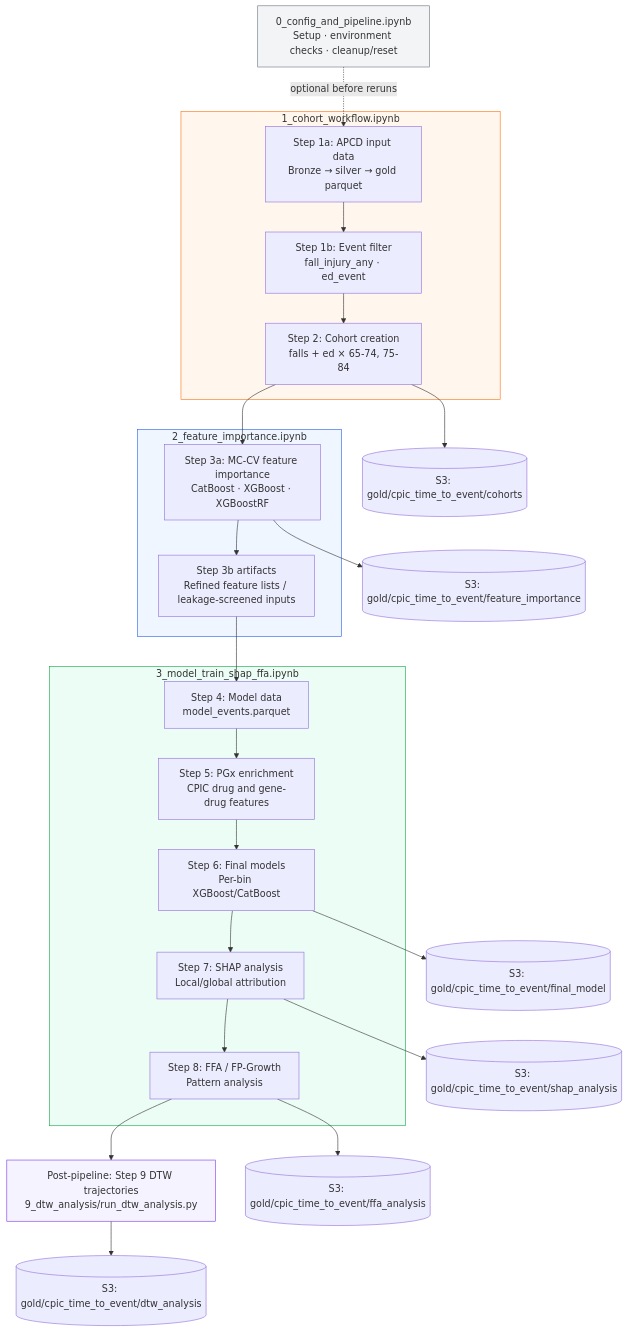
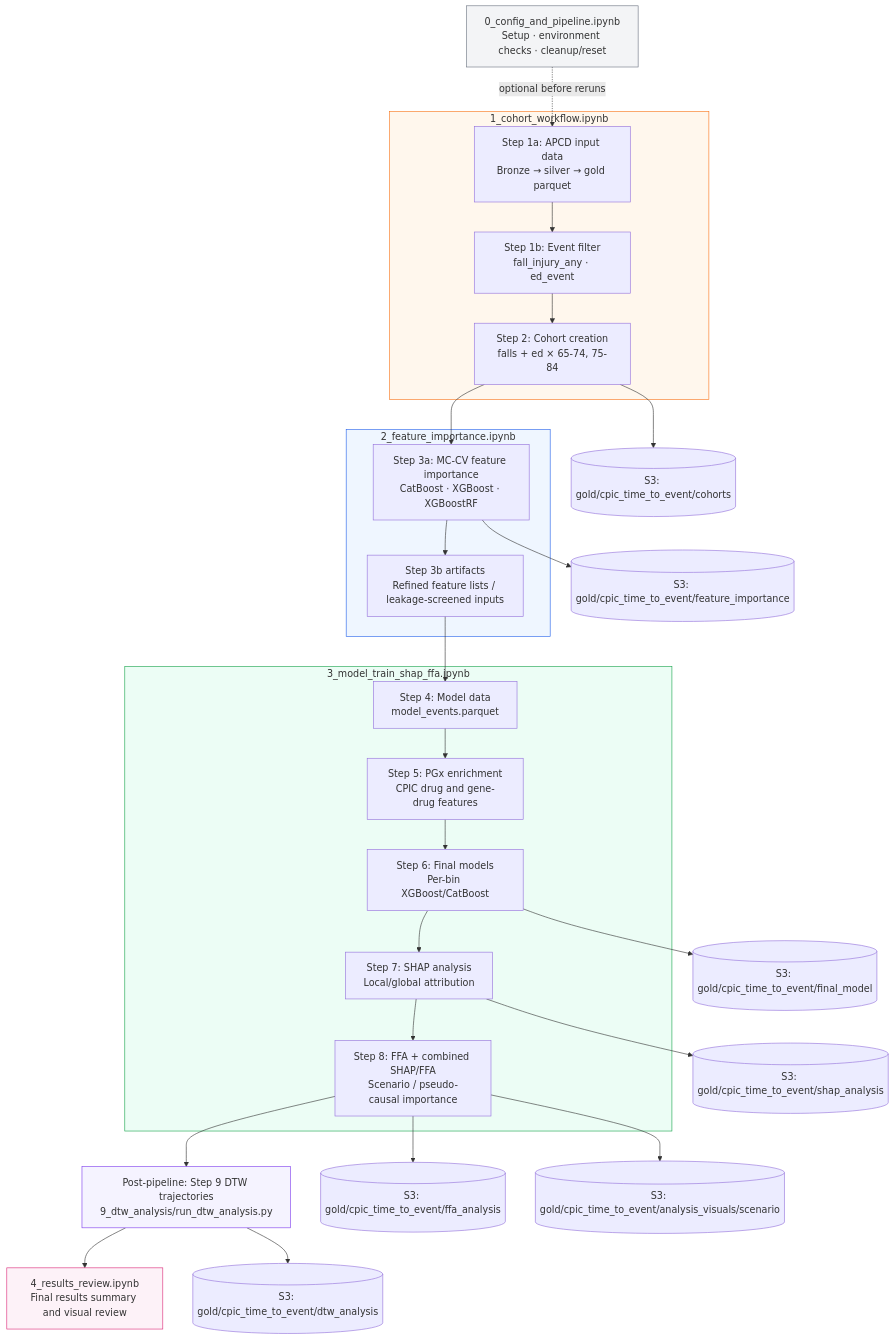
The diagram in README.md (Jerome3590/cpic_time_to_event_analysis), drawn with Mermaid before and after one commit. The commit also changed other lines of this file and 12 other files, not shown here.

Commit message:
Add results review workflow

````diff
--- a/README.md
+++ b/README.md
@@ -85,41 +86,44 @@
 ```mermaid
 flowchart TD
     SETUP["0_config_and_pipeline.ipynb<br/>Setup · environment checks · cleanup/reset"]
 
     subgraph N1["1_cohort_workflow.ipynb"]
         A["Step 1a: APCD input data<br/>Bronze → silver → gold parquet"]
         B["Step 1b: Event filter<br/>fall_injury_any · ed_event"]
         C["Step 2: Cohort creation<br/>falls + ed × 65-74, 75-84"]
     end
 
     subgraph N2["2_feature_importance.ipynb"]
         D["Step 3a: MC-CV feature importance<br/>CatBoost · XGBoost · XGBoostRF"]
         E["Step 3b artifacts<br/>Refined feature lists / leakage-screened inputs"]
     end
 
     subgraph N3["3_model_train_shap_ffa.ipynb"]
         F["Step 4: Model data<br/>model_events.parquet"]
         G["Step 5: PGx enrichment<br/>CPIC drug and gene-drug features"]
         H["Step 6: Final models<br/>Per-bin XGBoost/CatBoost"]
         I["Step 7: SHAP analysis<br/>Local/global attribution"]
-        J["Step 8: FFA / FP-Growth<br/>Pattern analysis"]
+        J["Step 8: FFA + combined SHAP/FFA<br/>Scenario / pseudo-causal importance"]
     end
 
     K["Post-pipeline: Step 9 DTW trajectories<br/>9_dtw_analysis/run_dtw_analysis.py"]
+    L["4_results_review.ipynb<br/>Final results summary and visual review"]
 
     SETUP -. "optional before reruns" .-> A
-    A --> B --> C --> D --> E --> F --> G --> H --> I --> J --> K
+    A --> B --> C --> D --> E --> F --> G --> H --> I --> J --> K --> L
 
     C --> COUT[("S3: gold/cpic_time_to_event/cohorts")]
     D --> FIOUT[("S3: gold/cpic_time_to_event/feature_importance")]
     H --> MOUT[("S3: gold/cpic_time_to_event/final_model")]
     I --> SHAPOUT[("S3: gold/cpic_time_to_event/shap_analysis")]
     J --> FFAOUT[("S3: gold/cpic_time_to_event/ffa_analysis")]
+    J --> SCENARIOOUT[("S3: gold/cpic_time_to_event/analysis_visuals/scenario")]
     K --> DTWOUT[("S3: gold/cpic_time_to_event/dtw_analysis")]
 
     style SETUP fill:#f3f4f6,stroke:#6b7280
     style N1 fill:#fff7ed,stroke:#f97316
     style N2 fill:#eff6ff,stroke:#2563eb
     style N3 fill:#ecfdf5,stroke:#16a34a
     style K fill:#f5f3ff,stroke:#7c3aed
+    style L fill:#fdf2f8,stroke:#db2777
 ```
````
